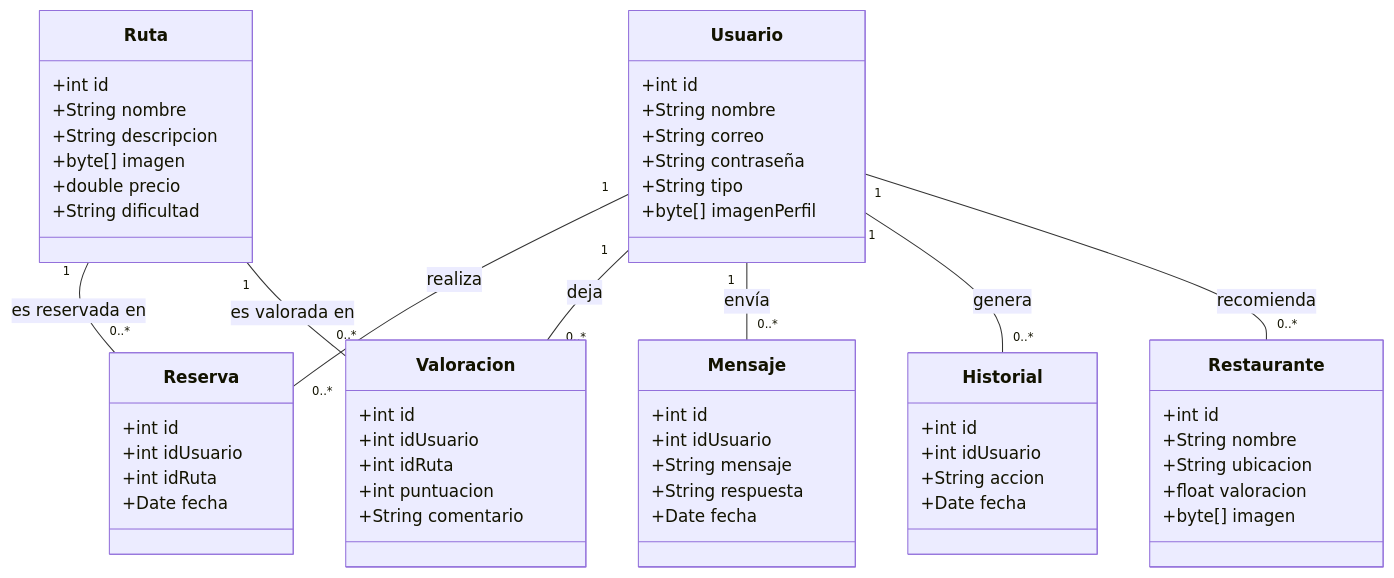
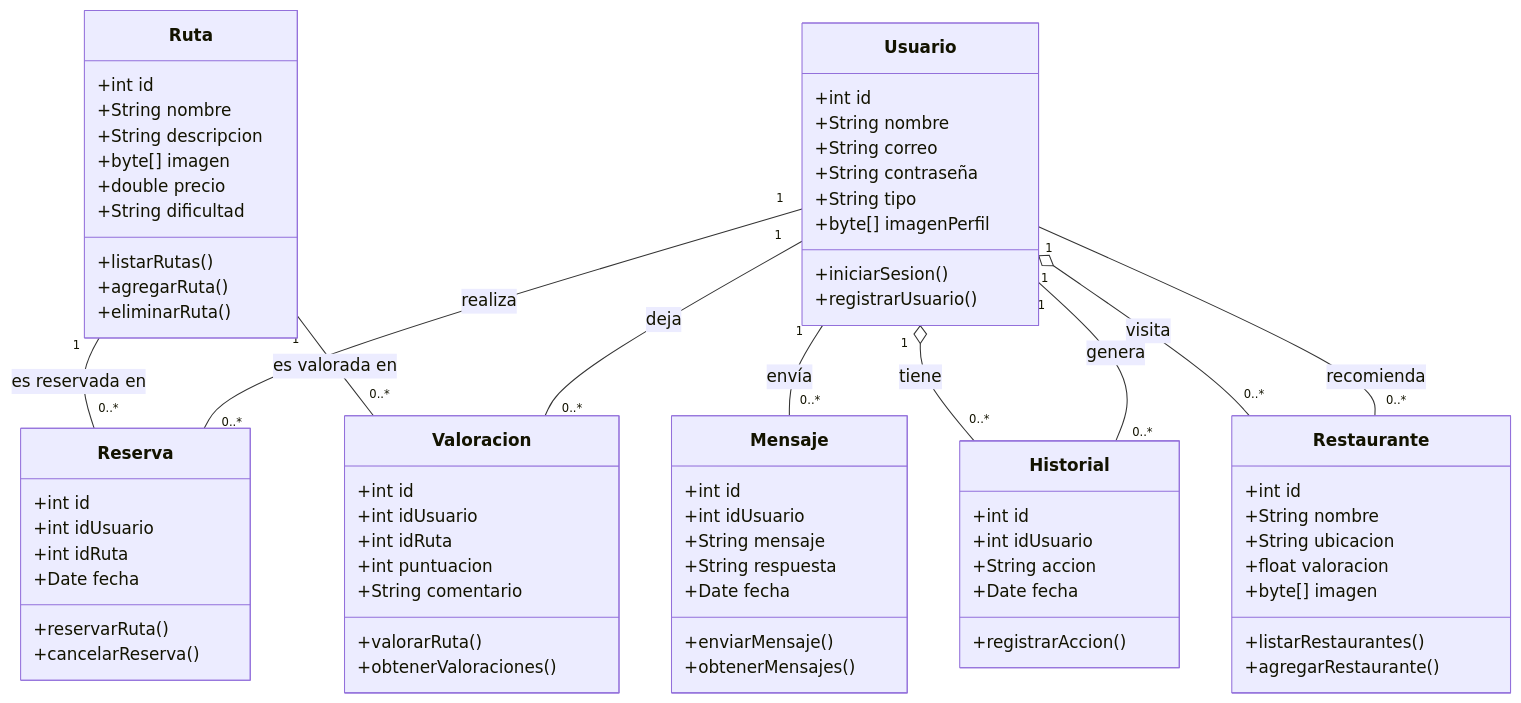
Before and after one commit to Pablirry/AsturTerra: the diagram in README.MD, drawn with Mermaid.

````diff
--- a/README.MD
+++ b/README.MD
@@ -40,6 +40,8 @@
         +String contraseña
         +String tipo
         +byte[] imagenPerfil
+        +iniciarSesion()
+        +registrarUsuario()
     }
 
     class Ruta {
@@ -49,6 +51,9 @@
         +byte[] imagen
         +double precio
         +String dificultad
+        +listarRutas()
+        +agregarRuta()
+        +eliminarRuta()
     }
 
     class Reserva {
@@ -56,6 +61,8 @@
         +int idUsuario
         +int idRuta
         +Date fecha
+        +reservarRuta()
+        +cancelarReserva()
     }
 
     class Valoracion {
@@ -64,6 +71,8 @@
         +int idRuta
         +int puntuacion
         +String comentario
+        +valorarRuta()
+        +obtenerValoraciones()
     }
 
     class Restaurante {
@@ -72,6 +81,8 @@
         +String ubicacion
         +float valoracion
         +byte[] imagen
+        +listarRestaurantes()
+        +agregarRestaurante()
     }
 
     class Historial {
@@ -79,6 +90,7 @@
         +int idUsuario
         +String accion
         +Date fecha
+        +registrarAccion()
     }
 
     class Mensaje {
@@ -87,7 +99,11 @@
         +String mensaje
         +String respuesta
         +Date fecha
+        +enviarMensaje()
+        +obtenerMensajes()
     }
+
+    %% Relaciones entre clases
 
     Usuario "1" -- "0..*" Reserva : realiza
     Usuario "1" -- "0..*" Valoracion : deja
@@ -97,4 +113,10 @@
 
     Ruta "1" -- "0..*" Reserva : es reservada en
     Ruta "1" -- "0..*" Valoracion : es valorada en
+
+    %% Agregación de Historial a Usuario
+    Usuario "1" o-- "0..*" Historial : tiene
+
+    %% Agregación de Restaurante a Usuario
+    Usuario "1" o-- "0..*" Restaurante : visita
 ```
````
